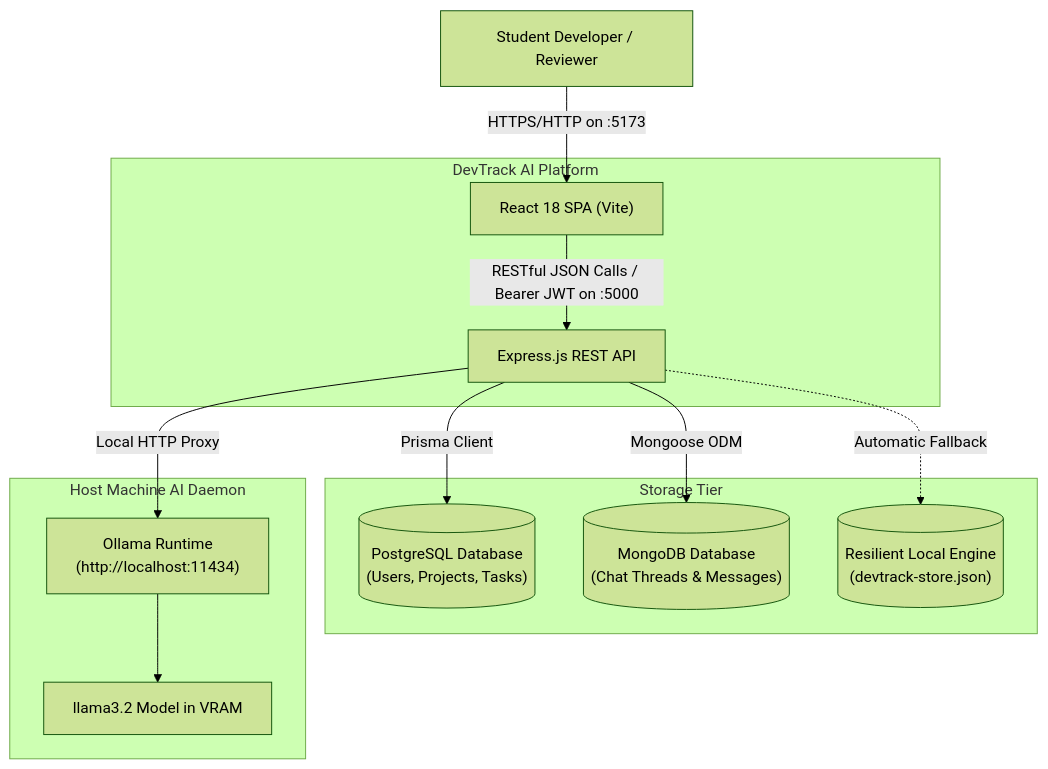
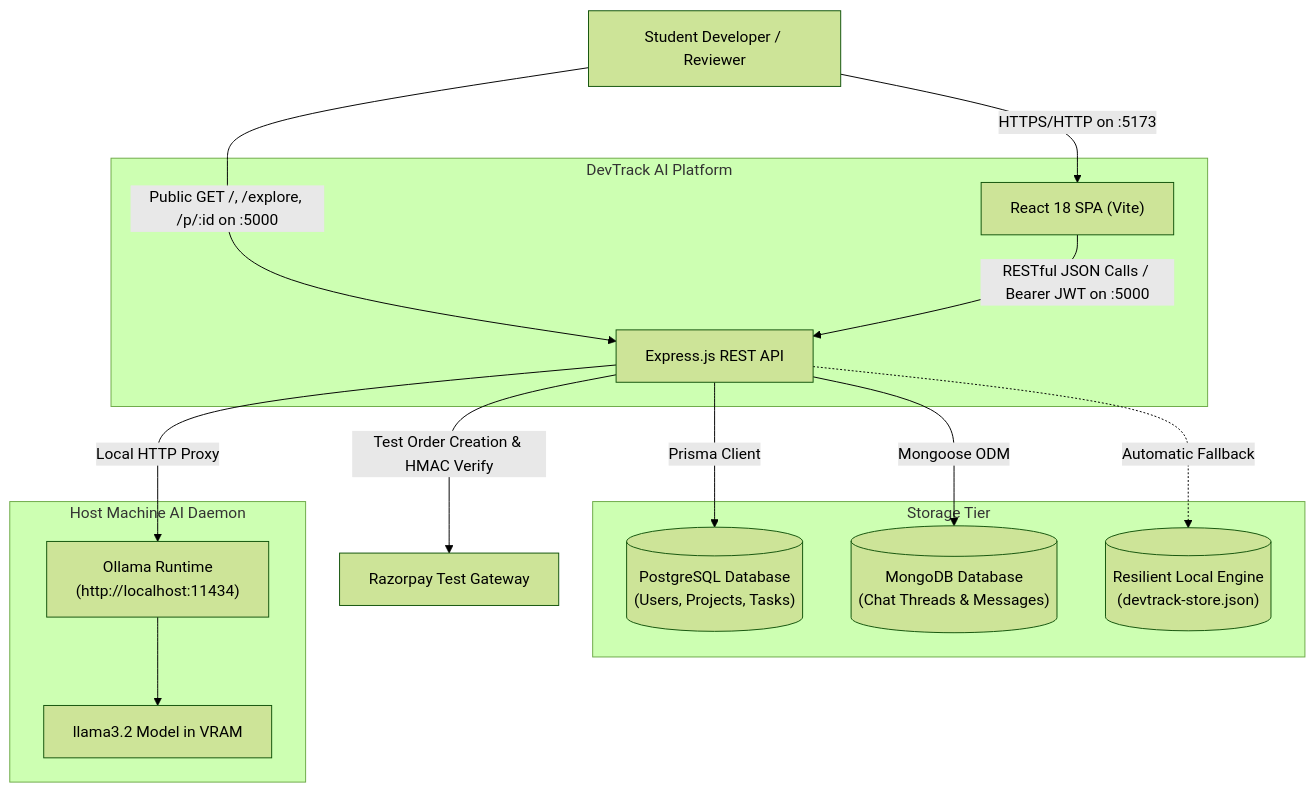
The first of 6 diagrams in HLD.md (Avenash005/Dev-Track), drawn with Mermaid (forest theme) before and after one commit. The commit also changed other lines of this file and 52 other files, not shown here.

````diff
--- a/HLD.md
+++ b/HLD.md
@@ -24,28 +24,30 @@
 ```mermaid
 flowchart TD
     User["Student Developer / Reviewer"]
     
     subgraph DevTrackPlatform["DevTrack AI Platform"]
         WebUI["React 18 SPA (Vite)"]
         APIServer["Express.js REST API"]
     end
 
     subgraph DataLayer["Storage Tier"]
         PostgresDB[("PostgreSQL Database\n(Users, Projects, Tasks)")]
         MongoDB[("MongoDB Database\n(Chat Threads & Messages)")]
         LocalStore[("Resilient Local Engine\n(devtrack-store.json)")]
     end
 
     subgraph LocalAI["Host Machine AI Daemon"]
         OllamaEngine["Ollama Runtime\n(http://localhost:11434)"]
         LLM["llama3.2 Model in VRAM"]
     end
 
     User -->|HTTPS/HTTP on :5173| WebUI
+    User -->|Public GET /, /explore, /p/:id on :5000| APIServer
     WebUI -->|RESTful JSON Calls / Bearer JWT on :5000| APIServer
     APIServer -->|Prisma Client| PostgresDB
     APIServer -->|Mongoose ODM| MongoDB
     APIServer -.->|Automatic Fallback| LocalStore
     APIServer -->|Local HTTP Proxy| OllamaEngine
+    APIServer -->|Test Order Creation & HMAC Verify| RazorpayGateway["Razorpay Test Gateway"]
     OllamaEngine --> LLM
 ```
````
